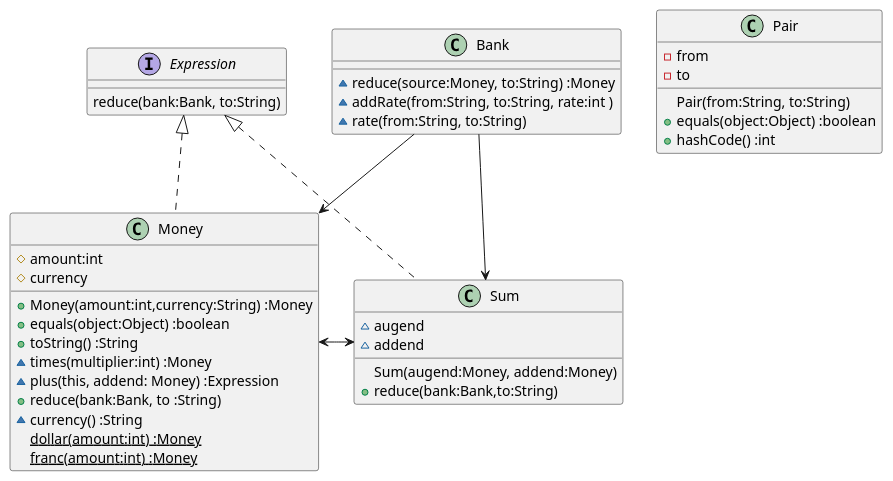
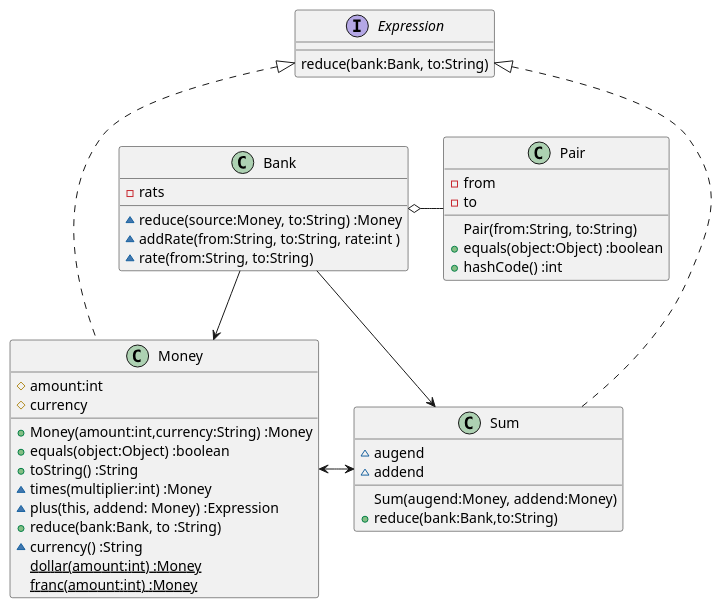
Before and after one commit to k2works/etude_for_java: the first of 2 diagrams in docs/src/TDD.md, drawn with PlantUML. The commit also changed 4 other files, not shown here.

````diff
--- a/docs/src/TDD.md
+++ b/docs/src/TDD.md
@@ -51,41 +51,43 @@
 ```puml
 interface Expression {
   reduce(bank:Bank, to:String)
 }
 class Money {
   #amount:int
   #currency  
   +Money(amount:int,currency:String) :Money
   +equals(object:Object) :boolean  
   +toString() :String
   ~times(multiplier:int) :Money
   ~plus(this, addend: Money) :Expression
   +reduce(bank:Bank, to :String)      
   ~currency() :String
   {static} dollar(amount:int) :Money
   {static} franc(amount:int) :Money  
 }
 class Bank {
+  -rats
   ~reduce(source:Money, to:String) :Money
   ~addRate(from:String, to:String, rate:int )
   ~rate(from:String, to:String)
 }
 class Sum {
   ~augend
   ~addend
   Sum(augend:Money, addend:Money)
   +reduce(bank:Bank,to:String)
 }
 class Pair {
   -from
   -to
   Pair(from:String, to:String)
   +equals(object:Object) :boolean
   +hashCode() :int
 }
-Expression <|.. Money
-Expression <|.. Sum
+Expression <|... Money
+Expression <|... Sum
 Money <-> Sum
 Bank --> Sum
 Bank --> Money
+Bank o- Pair
 ```
````
